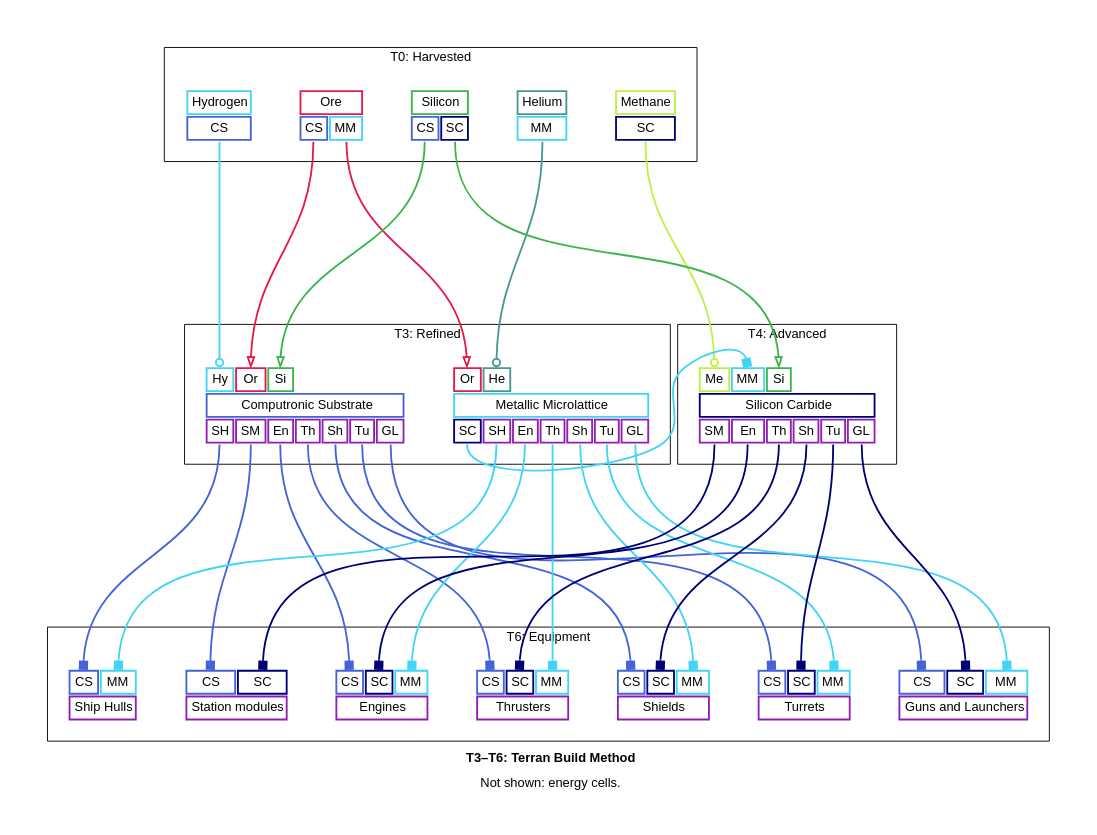
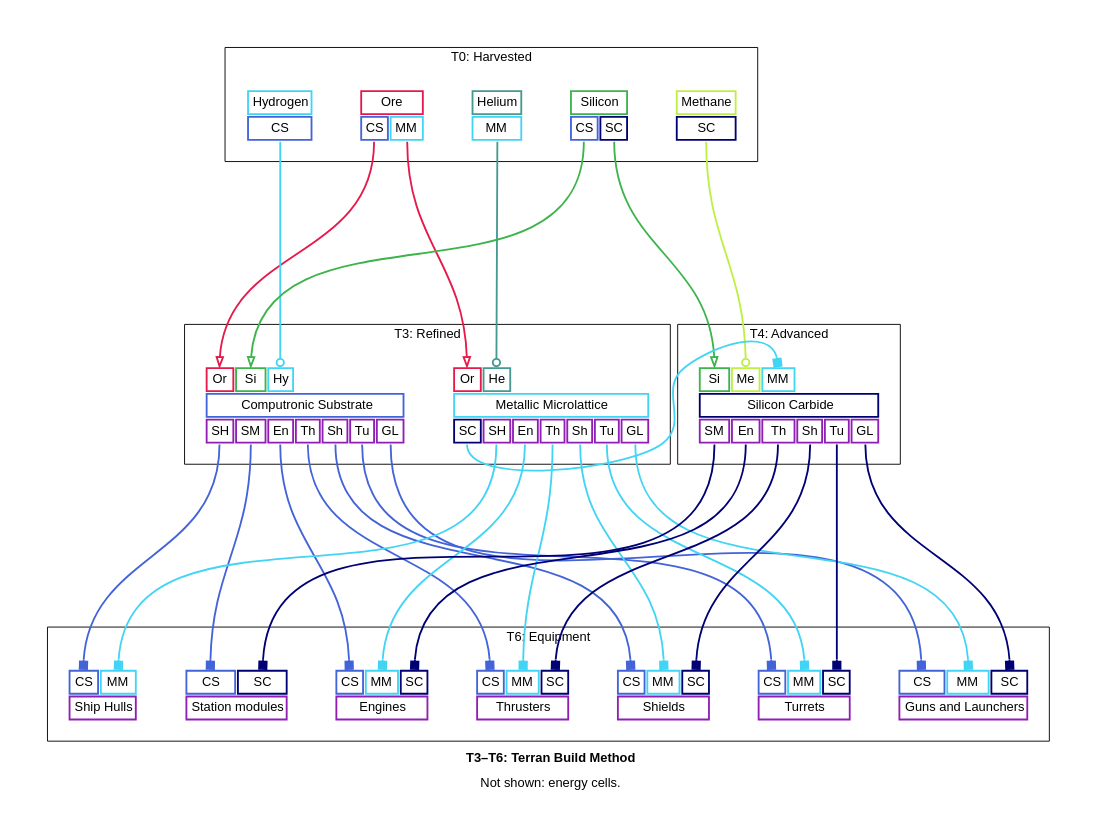
The diagram in docs/t3_t6_terran_build_method_graph_simplified.dot (borntyping/x4-diagrams), drawn with Graphviz before and after one commit. The commit also changed other lines of this file and 44 other files, not shown here.

```diff
--- a/docs/t3_t6_terran_build_method_graph_simplified.dot
+++ b/docs/t3_t6_terran_build_method_graph_simplified.dot
@@ -83,11 +83,11 @@
   
     <tr>
       
-        <td align="text" bgcolor="white" color="#42d4f4" port="hydrogen">Hy</td>
-      
         <td align="text" bgcolor="white" color="#e6194B" port="ore">Or</td>
       
         <td align="text" bgcolor="white" color="#3cb44b" port="silicon">Si</td>
+      
+        <td align="text" bgcolor="white" color="#42d4f4" port="hydrogen">Hy</td>
       
     </tr>
   
@@ -154,11 +154,11 @@
   
     <tr>
       
+        <td align="text" bgcolor="white" color="#3cb44b" port="silicon">Si</td>
+      
         <td align="text" bgcolor="white" color="#bfef45" port="methane">Me</td>
       
         <td align="text" bgcolor="white" color="#42d4f4" port="metallic_microlattice">MM</td>
-      
-        <td align="text" bgcolor="white" color="#3cb44b" port="silicon">Si</td>
       
     </tr>
   
@@ -222,9 +222,9 @@
       
         <td align="text" bgcolor="white" color="#4363d8" port="computronic_substrate">CS</td>
       
+        <td align="text" bgcolor="white" color="#42d4f4" port="metallic_microlattice">MM</td>
+      
         <td align="text" bgcolor="white" color="#000075" port="silicon_carbide">SC</td>
-      
-        <td align="text" bgcolor="white" color="#42d4f4" port="metallic_microlattice">MM</td>
       
     </tr>
   
@@ -239,9 +239,9 @@
       
         <td align="text" bgcolor="white" color="#4363d8" port="computronic_substrate">CS</td>
       
+        <td align="text" bgcolor="white" color="#42d4f4" port="metallic_microlattice">MM</td>
+      
         <td align="text" bgcolor="white" color="#000075" port="silicon_carbide">SC</td>
-      
-        <td align="text" bgcolor="white" color="#42d4f4" port="metallic_microlattice">MM</td>
       
     </tr>
   
@@ -256,9 +256,9 @@
       
         <td align="text" bgcolor="white" color="#4363d8" port="computronic_substrate">CS</td>
       
+        <td align="text" bgcolor="white" color="#42d4f4" port="metallic_microlattice">MM</td>
+      
         <td align="text" bgcolor="white" color="#000075" port="silicon_carbide">SC</td>
-      
-        <td align="text" bgcolor="white" color="#42d4f4" port="metallic_microlattice">MM</td>
       
     </tr>
   
@@ -273,9 +273,9 @@
       
         <td align="text" bgcolor="white" color="#4363d8" port="computronic_substrate">CS</td>
       
+        <td align="text" bgcolor="white" color="#42d4f4" port="metallic_microlattice">MM</td>
+      
         <td align="text" bgcolor="white" color="#000075" port="silicon_carbide">SC</td>
-      
-        <td align="text" bgcolor="white" color="#42d4f4" port="metallic_microlattice">MM</td>
       
     </tr>
   
@@ -290,9 +290,9 @@
       
         <td align="text" bgcolor="white" color="#4363d8" port="computronic_substrate">CS</td>
       
+        <td align="text" bgcolor="white" color="#42d4f4" port="metallic_microlattice">MM</td>
+      
         <td align="text" bgcolor="white" color="#000075" port="silicon_carbide">SC</td>
-      
-        <td align="text" bgcolor="white" color="#42d4f4" port="metallic_microlattice">MM</td>
       
     </tr>
   
```
